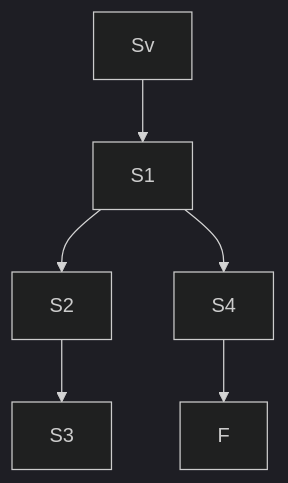
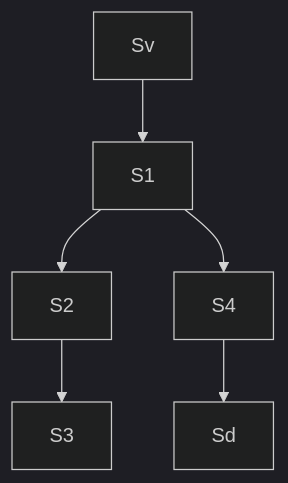
The fourth of 6 diagrams in README.md (aurelien-adjimi/uneviedefourmi), drawn with Mermaid (dark theme) before and after one commit.

````diff
--- a/README.md
+++ b/README.md
@@ -45,8 +45,8 @@
 ```mermaid
 graph TD
     A[Sv] --> B[S1]
     B --> C[S2]
     B --> D[S4]
     C --> E[S3]
-    D --> F
+    D --> F[Sd]
 ```
````
